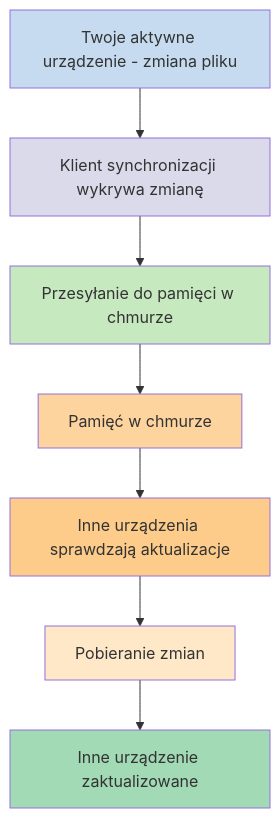
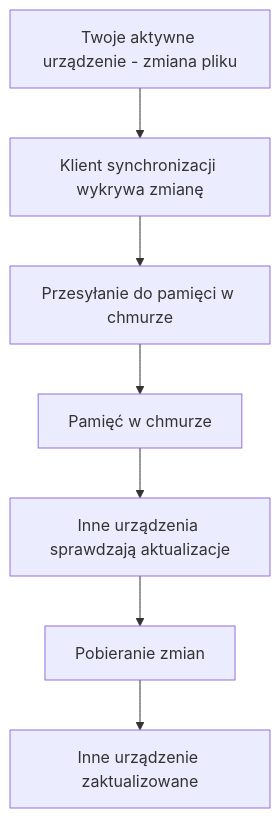
One commit to obsidianmd/obsidian-help changed the first of 2 diagrams in pl/Obsidian Sync/Sejfy lokalne i zdalne.md. Above: the diagram before and after it, drawn with Mermaid. The commit also changed other lines of this file and 31 other files, not shown here.

````diff
--- a/pl/Obsidian Sync/Sejfy lokalne i zdalne.md
+++ b/pl/Obsidian Sync/Sejfy lokalne i zdalne.md
@@ -28,24 +28,17 @@
 ```mermaid
 graph TD
     A[Twoje aktywne urządzenie - zmiana pliku]
     B[Klient synchronizacji wykrywa zmianę]
     C[Przesyłanie do pamięci w chmurze]
     D[Pamięć w chmurze]
     E[Inne urządzenia sprawdzają aktualizacje]
     F[Pobieranie zmian]
     G[Inne urządzenie zaktualizowane]
     
     A --> B
     B --> C
     C --> D
     D --> E
     E --> F
     F --> G
-    style A fill:#c6dbef
-    style B fill:#dadaeb
-    style C fill:#c7e9c0
-    style D fill:#fdd49e
-    style E fill:#fdcc8a
-    style F fill:#fee8c8
-    style G fill:#a1dab4
 ```
````
